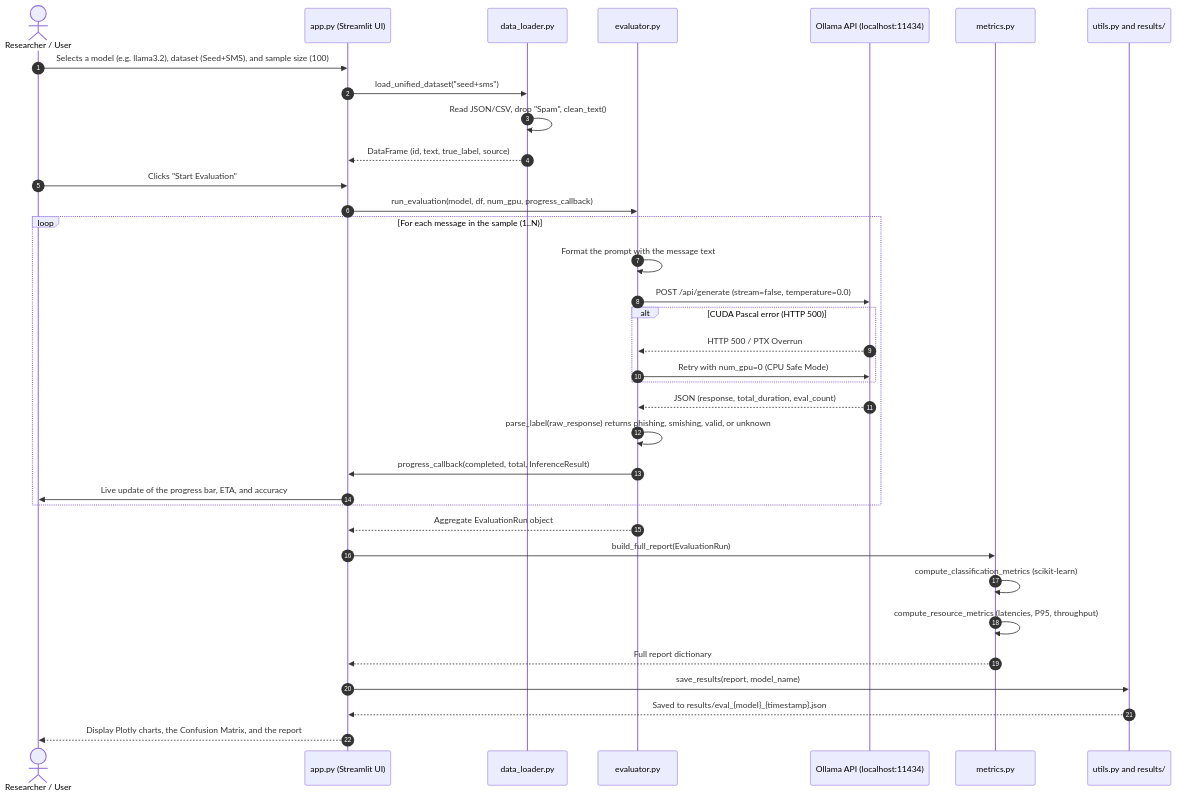
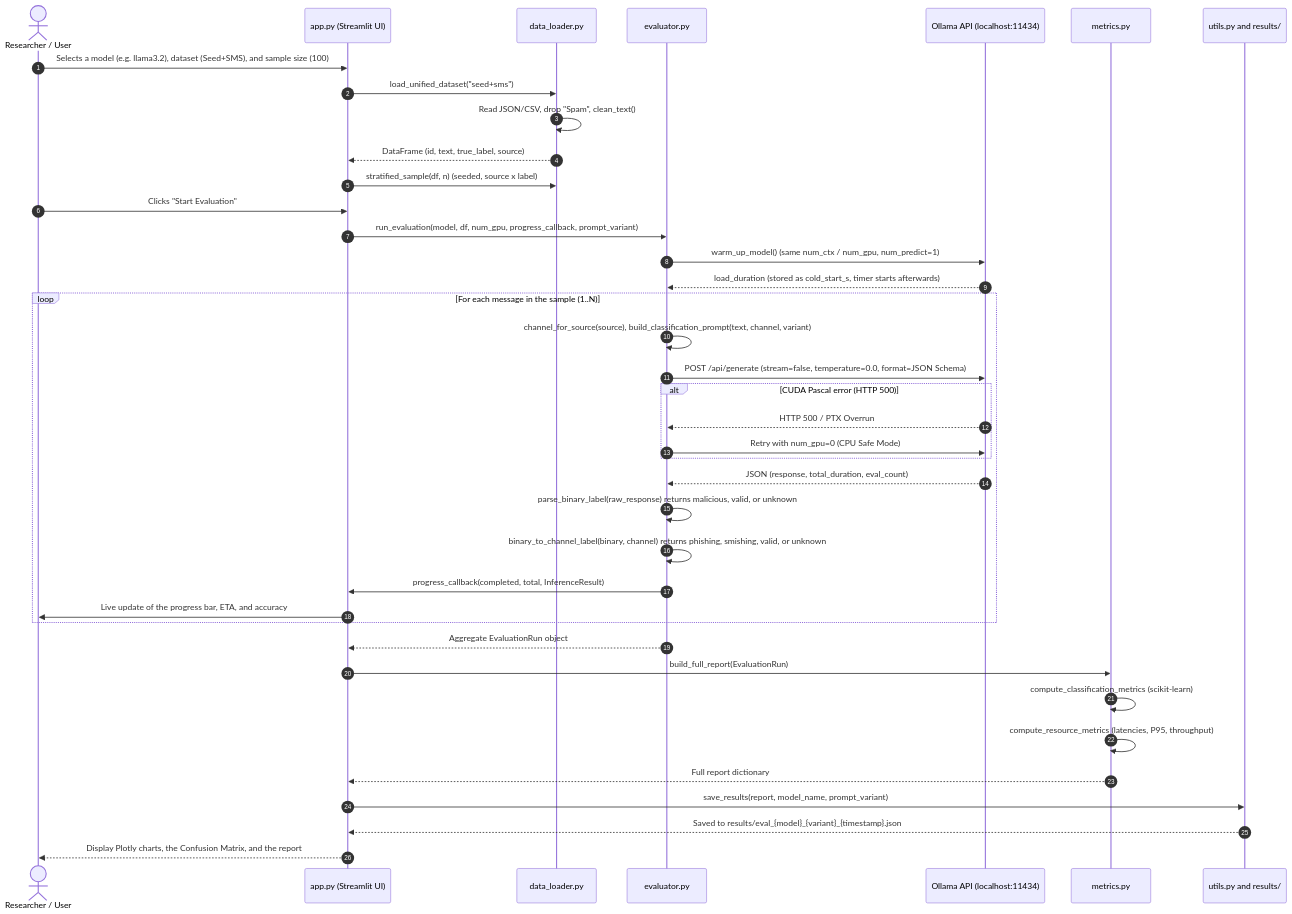
Before and after one commit to Wasumaster/markerPhish: the second of 3 diagrams in OVERVIEW.md, drawn with Mermaid. The commit also changed other lines of this file and 1 other file, not shown here.

````diff
--- a/OVERVIEW.md
+++ b/OVERVIEW.md
@@ -83,41 +83,45 @@
 ```mermaid
 sequenceDiagram
     autonumber
     actor Researcher as Researcher / User
     participant App as app.py (Streamlit UI)
     participant Loader as data_loader.py
     participant Eval as evaluator.py
     participant Ollama as Ollama API (localhost:11434)
     participant Metrics as metrics.py
     participant Storage as utils.py and results/
 
     Researcher->>App: Selects a model (e.g. llama3.2), dataset (Seed+SMS), and sample size (100)
     App->>Loader: load_unified_dataset("seed+sms")
     Loader->>Loader: Read JSON/CSV, drop "Spam", clean_text()
     Loader-->>App: DataFrame (id, text, true_label, source)
+    App->>Loader: stratified_sample(df, n) (seeded, source x label)
 
     Researcher->>App: Clicks "Start Evaluation"
-    App->>Eval: run_evaluation(model, df, num_gpu, progress_callback)
+    App->>Eval: run_evaluation(model, df, num_gpu, progress_callback, prompt_variant)
+    Eval->>Ollama: warm_up_model() (same num_ctx / num_gpu, num_predict=1)
+    Ollama-->>Eval: load_duration (stored as cold_start_s, timer starts afterwards)
 
     loop For each message in the sample (1..N)
-        Eval->>Eval: Format the prompt with the message text
-        Eval->>Ollama: POST /api/generate (stream=false, temperature=0.0)
+        Eval->>Eval: channel_for_source(source), build_classification_prompt(text, channel, variant)
+        Eval->>Ollama: POST /api/generate (stream=false, temperature=0.0, format=JSON Schema)
         alt CUDA Pascal error (HTTP 500)
             Ollama-->>Eval: HTTP 500 / PTX Overrun
             Eval->>Ollama: Retry with num_gpu=0 (CPU Safe Mode)
         end
         Ollama-->>Eval: JSON (response, total_duration, eval_count)
-        Eval->>Eval: parse_label(raw_response) returns phishing, smishing, valid, or unknown
+        Eval->>Eval: parse_binary_label(raw_response) returns malicious, valid, or unknown
+        Eval->>Eval: binary_to_channel_label(binary, channel) returns phishing, smishing, valid, or unknown
         Eval->>App: progress_callback(completed, total, InferenceResult)
         App->>Researcher: Live update of the progress bar, ETA, and accuracy
     end
 
     Eval-->>App: Aggregate EvaluationRun object
     App->>Metrics: build_full_report(EvaluationRun)
     Metrics->>Metrics: compute_classification_metrics (scikit-learn)
     Metrics->>Metrics: compute_resource_metrics (latencies, P95, throughput)
     Metrics-->>App: Full report dictionary
-    App->>Storage: save_results(report, model_name)
-    Storage-->>App: Saved to results/eval_{model}_{timestamp}.json
+    App->>Storage: save_results(report, model_name, prompt_variant)
+    Storage-->>App: Saved to results/eval_{model}_{variant}_{timestamp}.json
     App-->>Researcher: Display Plotly charts, the Confusion Matrix, and the report
 ```
````
